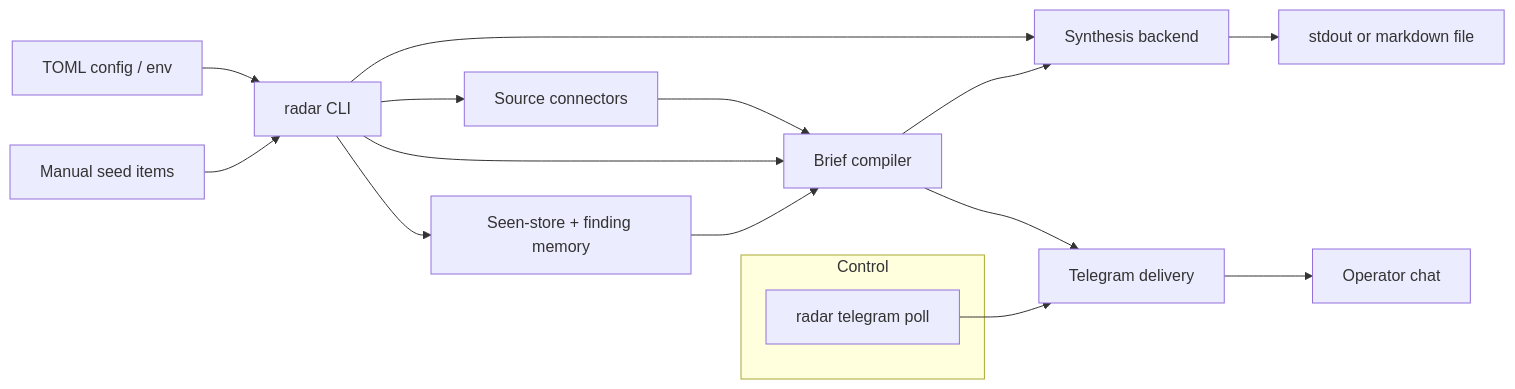
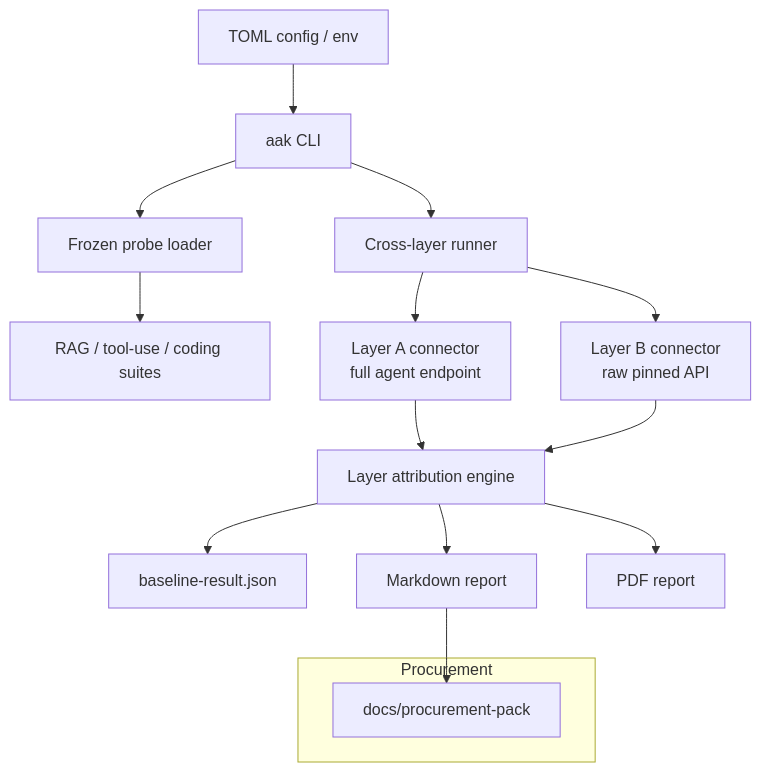
Before and after one commit to mastroke/ai-research-radar: the diagram in README.md, drawn with Mermaid. The commit also changed other lines of this file and 109 other files, not shown here.

First line of the commit message:
feat: scaffold agent-acceptance-kit cross-layer baseline CLI

````diff
--- a/README.md
+++ b/README.md
@@ -30,21 +27,23 @@
 ```mermaid
-flowchart LR
-    Config[TOML config / env] --> CLI[radar CLI]
-    CLI --> Connectors[Source connectors]
-    Connectors --> Briefing[Brief compiler]
-    SeedItems[Manual seed items] --> CLI
-    CLI --> Briefing
-    CLI --> Synthesis[Synthesis backend]
-    Synthesis --> Writer[stdout or markdown file]
-    Briefing --> Synthesis
-    CLI --> Memory[Seen-store + finding memory]
-    Memory --> Briefing
-    Briefing --> Delivery[Telegram delivery]
-    Delivery --> Operator[Operator chat]
+flowchart TB
+    Config[TOML config / env] --> CLI[aak CLI]
+    CLI --> Loader[Frozen probe loader]
+    Loader --> Suites[RAG / tool-use / coding suites]
 
-    subgraph Control
-        TelegramPoll[radar telegram poll]
+    CLI --> Runner[Cross-layer runner]
+    Runner --> A[Layer A connector\nfull agent endpoint]
+    Runner --> B[Layer B connector\nraw pinned API]
+
+    A --> Attribution[Layer attribution engine]
+    B --> Attribution
+
+    Attribution --> JSON[baseline-result.json]
+    Attribution --> MD[Markdown report]
+    Attribution --> PDF[PDF report]
+
+    subgraph Procurement
+        Pack[docs/procurement-pack]
     end
 
-    TelegramPoll --> Delivery
+    MD --> Pack
 ```
````
